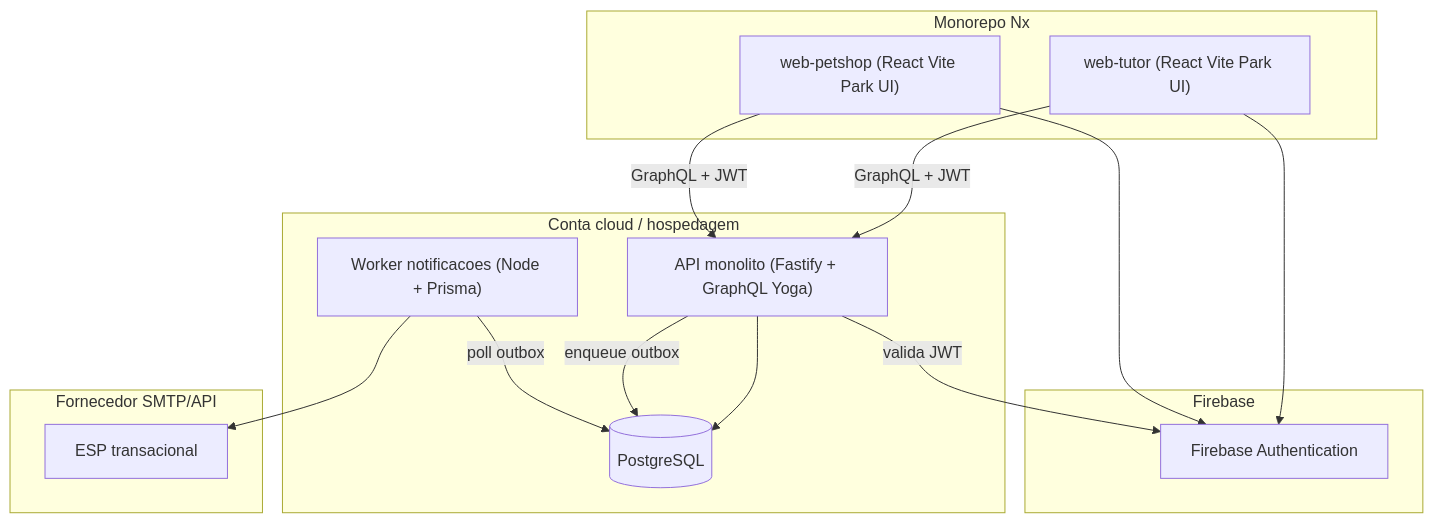
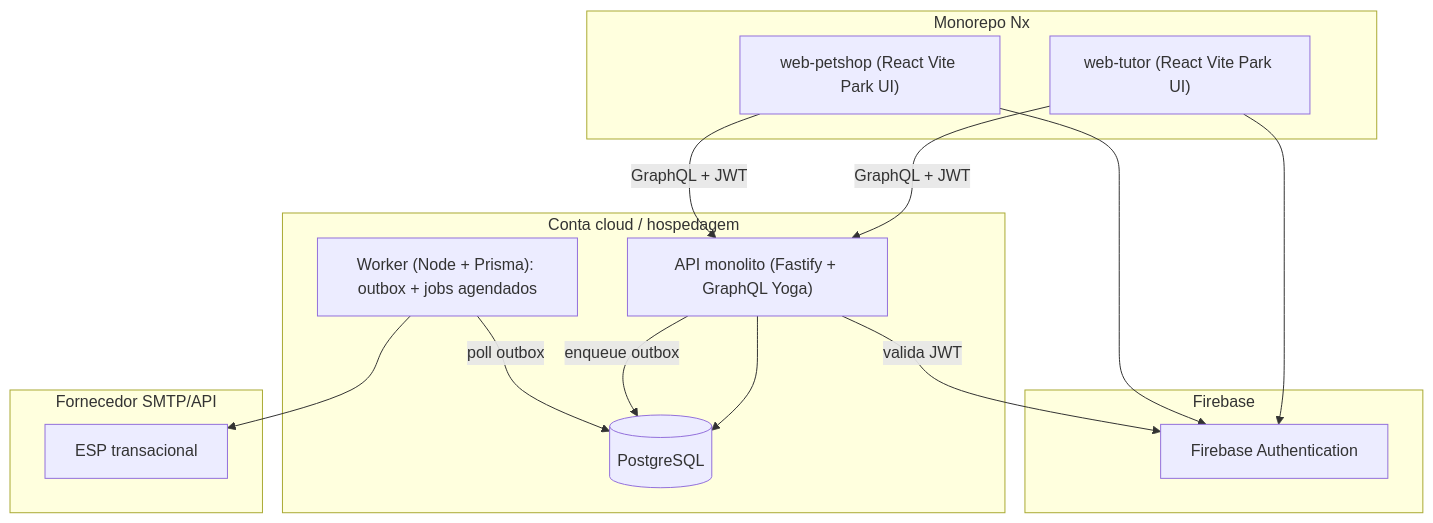
Before and after one commit to letgodoy/patafy: the second of 3 diagrams in docs/Arquitetura.md, drawn with Mermaid. The commit also changed other lines of this file and 3 other files, not shown here.

````diff
--- a/docs/Arquitetura.md
+++ b/docs/Arquitetura.md
@@ -67,31 +67,31 @@
 ```mermaid
 flowchart TB
   subgraph MonorepoNx["Monorepo Nx"]
     TUTOR["web-tutor (React Vite Park UI)"]
     SHOP["web-petshop (React Vite Park UI)"]
   end
 
   subgraph Cloud["Conta cloud / hospedagem"]
     API["API monolito (Fastify + GraphQL Yoga)"]
-    WORKER["Worker notificacoes (Node + Prisma)"]
+    WORKER["Worker (Node + Prisma): outbox + jobs agendados"]
     PG[(PostgreSQL)]
   end
 
   subgraph Firebase
     AUTH[Firebase Authentication]
   end
 
   subgraph EmailProvider["Fornecedor SMTP/API"]
     ESP[ESP transacional]
   end
 
   TUTOR -->|GraphQL + JWT| API
   SHOP -->|GraphQL + JWT| API
   API --> PG
   API -->|enqueue outbox| PG
   WORKER -->|poll outbox| PG
   WORKER --> ESP
   TUTOR --> AUTH
   SHOP --> AUTH
   API -->|valida JWT| AUTH
 ```
````
